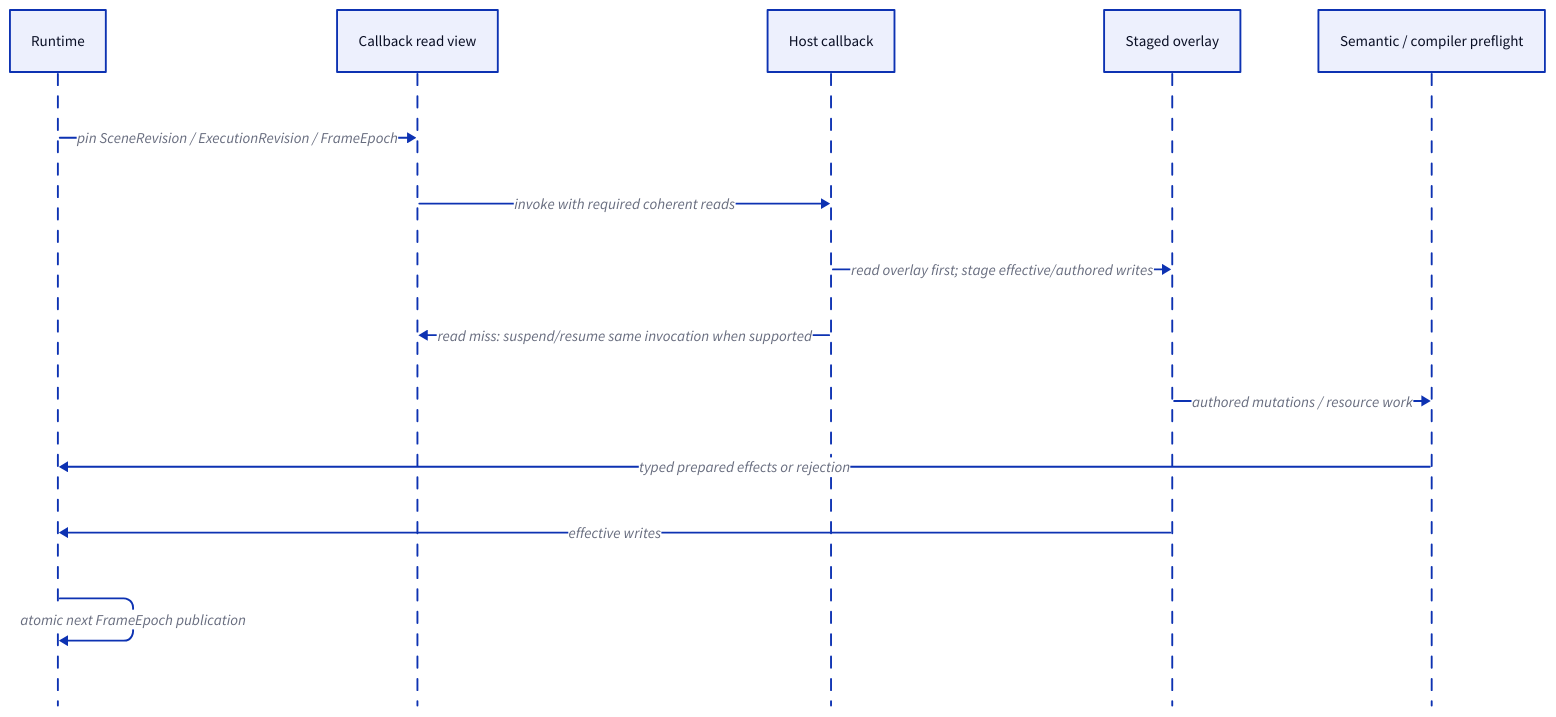
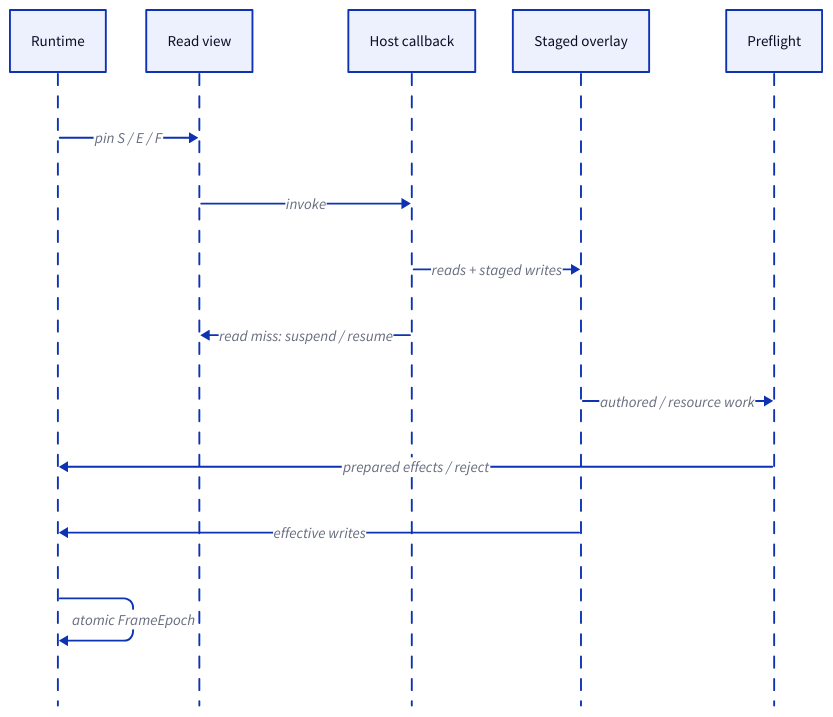
One commit to yongkyuns/noon changed the diagram in docs/diagrams/callback-transaction.d2. Above: the diagram before and after it, drawn with D2. The commit also changed 7 other files, not shown here.

Commit message:
docs: simplify focused architecture diagrams

```diff
--- a/docs/diagrams/callback-transaction.d2
+++ b/docs/diagrams/callback-transaction.d2
@@ -1,16 +1,16 @@
 # One ordered callback invocation with a coherent read view and staged overlay.
 shape: sequence_diagram
 runtime: "Runtime"
-view: "Callback read view"
+view: "Read view"
 host: "Host callback"
 overlay: "Staged overlay"
-prepare: "Semantic / compiler preflight"
+prepare: "Preflight"
 
-runtime -> view: "pin SceneRevision / ExecutionRevision / FrameEpoch"
-view -> host: "invoke with required coherent reads"
-host -> overlay: "read overlay first; stage effective/authored writes"
-host -> view: "read miss: suspend/resume same invocation when supported"
-overlay -> prepare: "authored mutations / resource work"
-prepare -> runtime: "typed prepared effects or rejection"
+runtime -> view: "pin S / E / F"
+view -> host: "invoke"
+host -> overlay: "reads + staged writes"
+host -> view: "read miss: suspend / resume"
+overlay -> prepare: "authored / resource work"
+prepare -> runtime: "prepared effects / reject"
 overlay -> runtime: "effective writes"
-runtime -> runtime: "atomic next FrameEpoch publication"
+runtime -> runtime: "atomic FrameEpoch"
```
